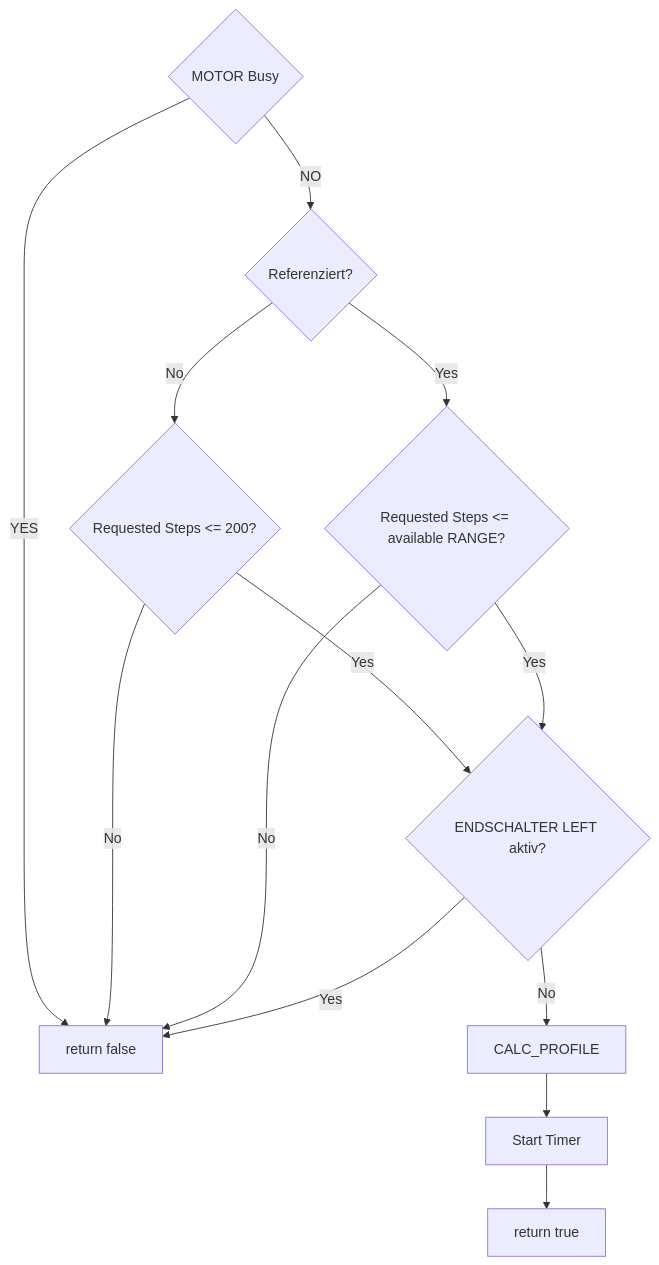
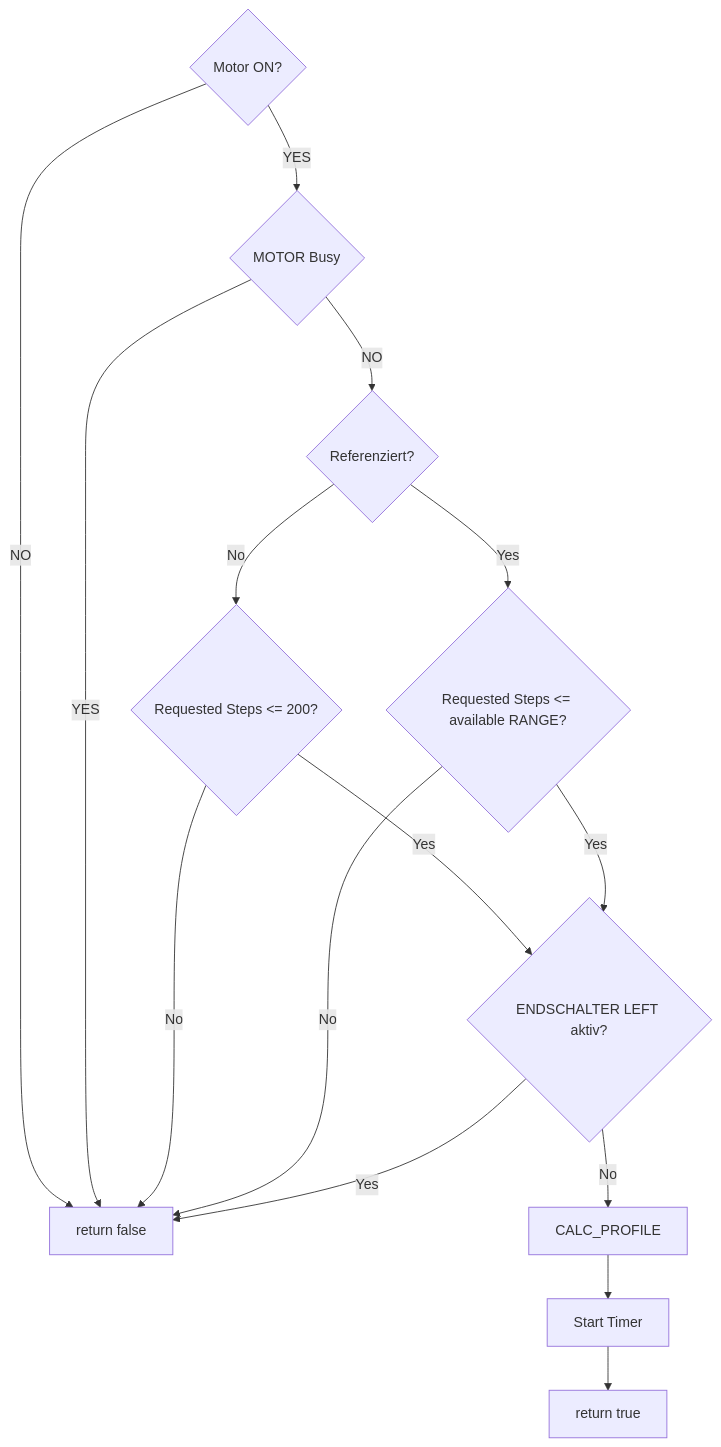
The diagram in FY_Controller_Motor/docs/Motor/PrepareLeft.md (ErikaB-sys/Fiddle_yard_UVB), drawn with Mermaid before and after one commit. The commit also changed other lines of this file, not shown here.

Commit message:
DOC: check motor power first in prepare flow

````diff
--- a/FY_Controller_Motor/docs/Motor/PrepareLeft.md
+++ b/FY_Controller_Motor/docs/Motor/PrepareLeft.md
@@ -7,20 +9,23 @@
 ```mermaid
 flowchart TD
 
-    B{MOTOR Busy}
-    B -->|YES| G[return false]
+    M{Motor ON?}
+    M -->|NO| G[return false]
+    M -->|YES| B{MOTOR Busy}
+
+    B -->|YES| G
     B -->|NO| A{Referenziert?}
 
     A -->|No| C{Requested Steps <= 200?}
     C -->|No| G
     C -->|Yes| K{ENDSCHALTER LEFT aktiv?}
 
     A -->|Yes| E{Requested Steps <= available RANGE?}
     E -->|No| G
     E -->|Yes| K
 
     K -->|Yes| G
     K -->|No| L[CALC_PROFILE]
     L --> D[Start Timer]
     D --> R[return true]
 ```
````
